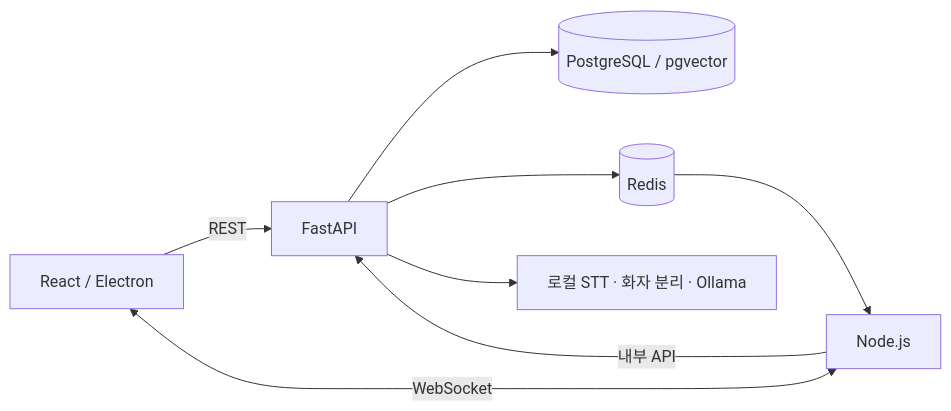
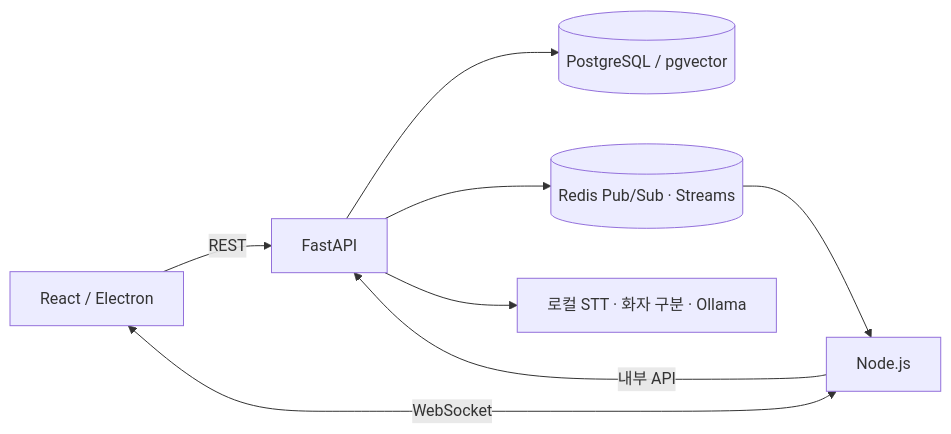
Before and after one commit to choisung-ho/meetingai: the diagram in README.md, drawn with Mermaid. The commit also changed other lines of this file and 4 other files, not shown here.

````diff
--- a/README.md
+++ b/README.md
@@ -23,10 +18,10 @@
 ```mermaid
 flowchart LR
     C[React / Electron] -->|REST| A[FastAPI]
     C <-->|WebSocket| W[Node.js]
     W -->|내부 API| A
     A --> D[(PostgreSQL / pgvector)]
-    A --> R[(Redis)]
+    A --> R[(Redis Pub/Sub · Streams)]
     R --> W
-    A --> M[로컬 STT · 화자 분리 · Ollama]
+    A --> M[로컬 STT · 화자 구분 · Ollama]
 ```
````
